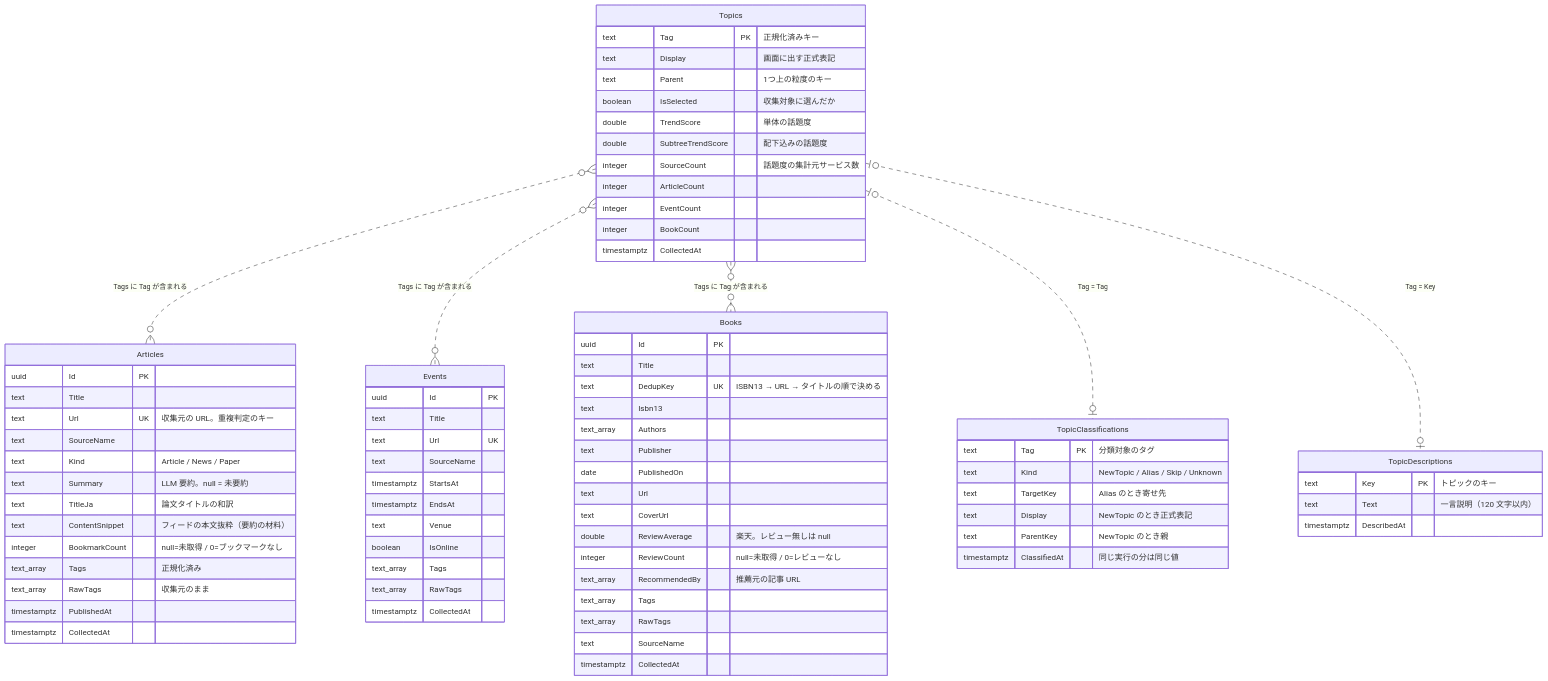
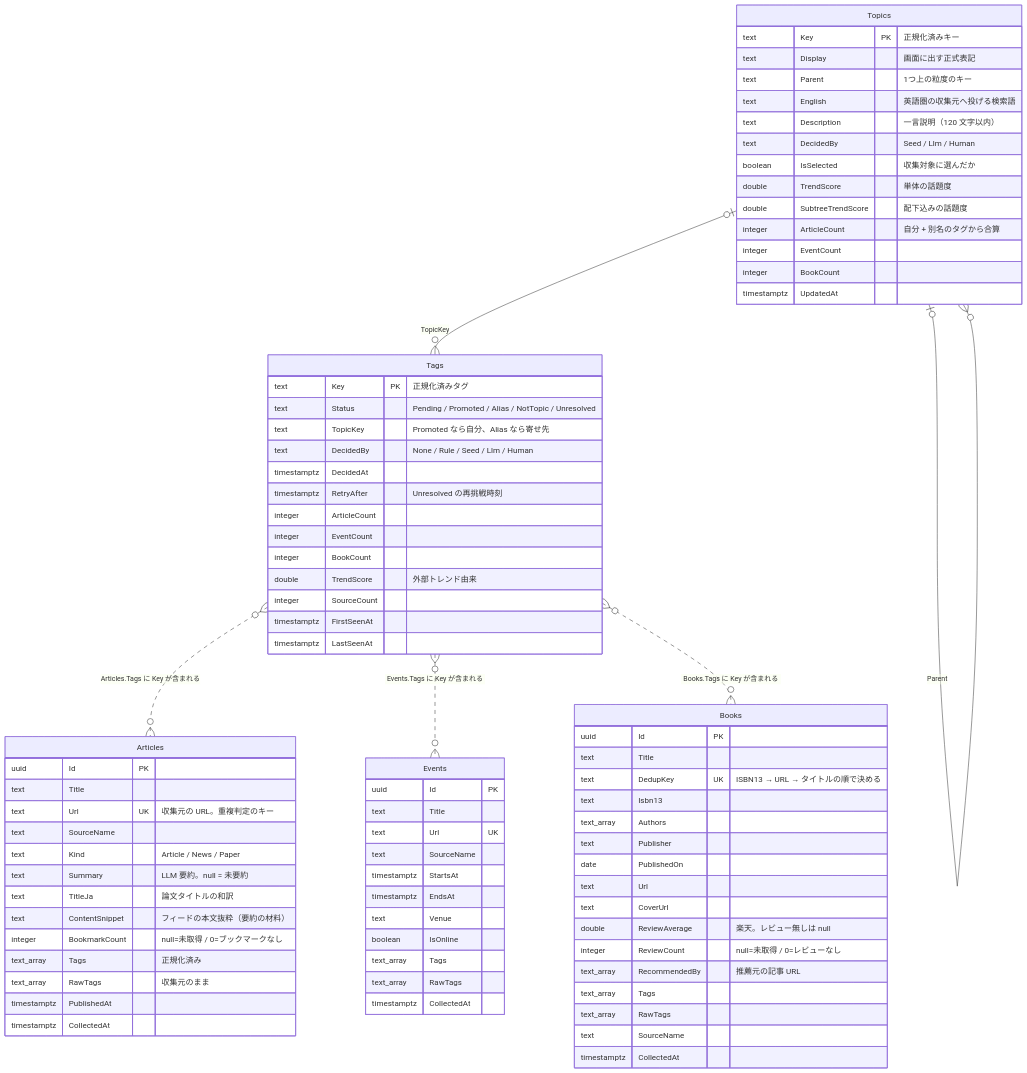
Before and after one commit to rtcode337/tech-antenna: the first of 2 diagrams in docs/database.md, drawn with Mermaid. The commit also changed other lines of this file and 81 other files, not shown here.

````diff
--- a/docs/database.md
+++ b/docs/database.md
@@ -63,36 +63,40 @@
         text SourceName
         timestamptz CollectedAt
     }
+    Tags {
+        text Key PK "正規化済みタグ"
+        text Status "Pending / Promoted / Alias / NotTopic / Unresolved"
+        text TopicKey "Promoted なら自分、Alias なら寄せ先"
+        text DecidedBy "None / Rule / Seed / Llm / Human"
+        timestamptz DecidedAt
+        timestamptz RetryAfter "Unresolved の再挑戦時刻"
+        integer ArticleCount
+        integer EventCount
+        integer BookCount
+        double TrendScore "外部トレンド由来"
+        integer SourceCount
+        timestamptz FirstSeenAt
+        timestamptz LastSeenAt
+    }
     Topics {
-        text Tag PK "正規化済みキー"
+        text Key PK "正規化済みキー"
         text Display "画面に出す正式表記"
         text Parent "1つ上の粒度のキー"
+        text English "英語圏の収集元へ投げる検索語"
+        text Description "一言説明（120 文字以内）"
+        text DecidedBy "Seed / Llm / Human"
         boolean IsSelected "収集対象に選んだか"
         double TrendScore "単体の話題度"
         double SubtreeTrendScore "配下込みの話題度"
-        integer SourceCount "話題度の集計元サービス数"
-        integer ArticleCount
+        integer ArticleCount "自分 + 別名のタグから合算"
         integer EventCount
         integer BookCount
-        timestamptz CollectedAt
-    }
-    TopicClassifications {
-        text Tag PK "分類対象のタグ"
-        text Kind "NewTopic / Alias / Skip / Unknown"
-        text TargetKey "Alias のとき寄せ先"
-        text Display "NewTopic のとき正式表記"
-        text ParentKey "NewTopic のとき親"
-        timestamptz ClassifiedAt "同じ実行の分は同じ値"
-    }
-    TopicDescriptions {
-        text Key PK "トピックのキー"
-        text Text "一言説明（120 文字以内）"
-        timestamptz DescribedAt
+        timestamptz UpdatedAt
     }
 
-    Topics }o..o{ Articles : "Tags に Tag が含まれる"
-    Topics }o..o{ Events : "Tags に Tag が含まれる"
-    Topics }o..o{ Books : "Tags に Tag が含まれる"
-    Topics |o..o| TopicClassifications : "Tag = Tag"
-    Topics |o..o| TopicDescriptions : "Tag = Key"
+    Tags }o..o{ Articles : "Articles.Tags に Key が含まれる"
+    Tags }o..o{ Events : "Events.Tags に Key が含まれる"
+    Tags }o..o{ Books : "Books.Tags に Key が含まれる"
+    Topics |o--o{ Tags : "TopicKey"
+    Topics |o--o{ Topics : "Parent"
 ```
````
